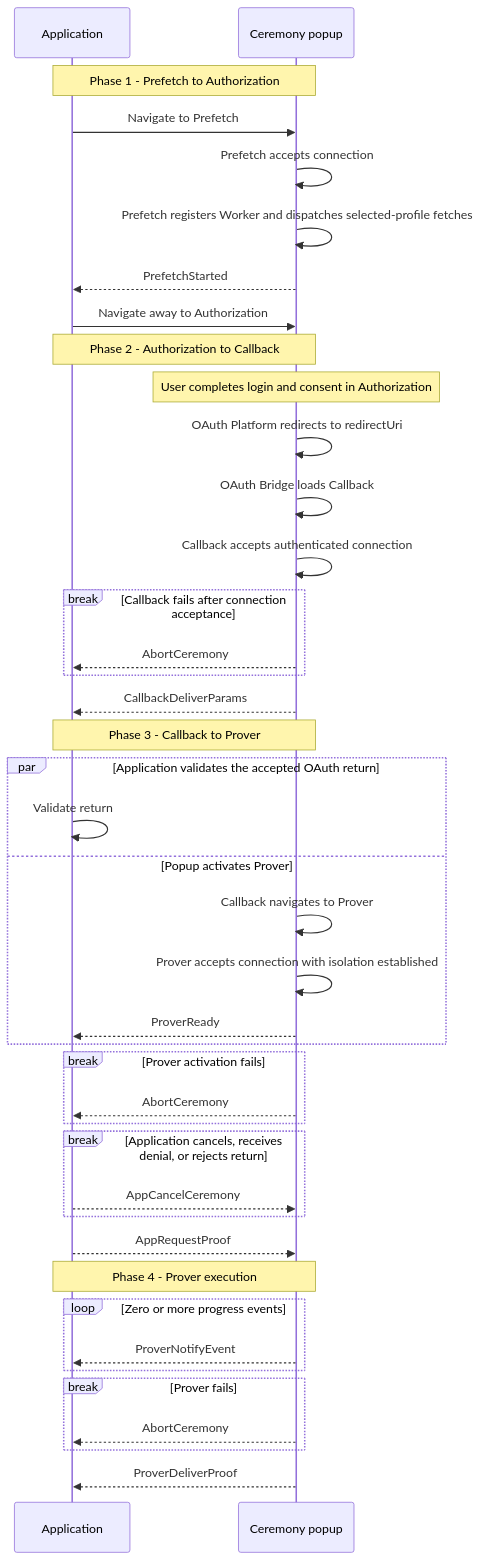
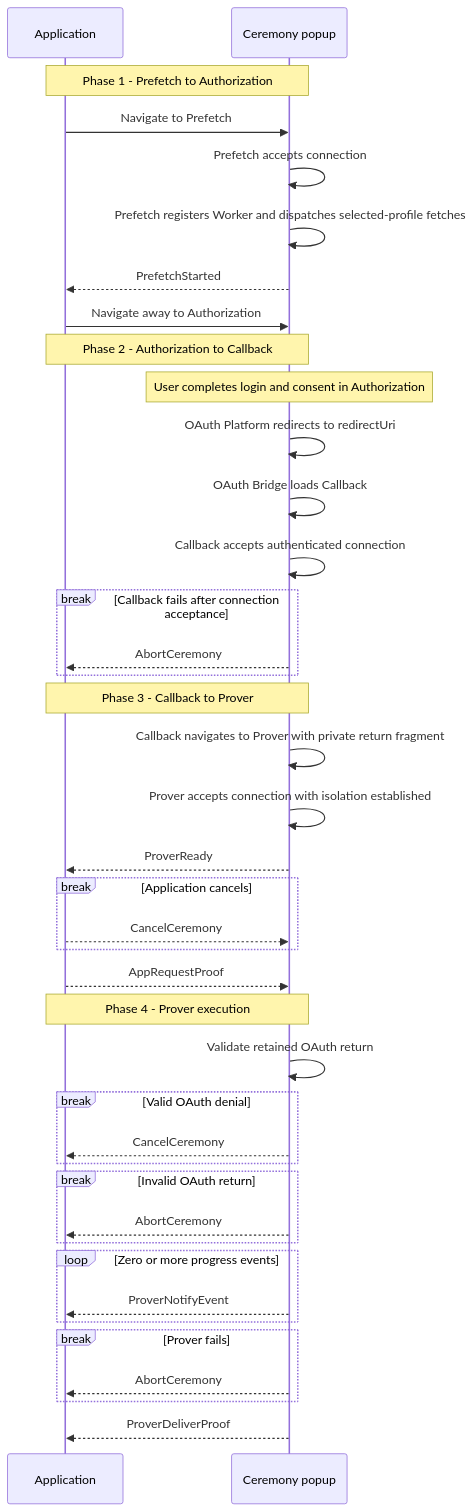
One commit to libid-org/libid changed the diagram in ts/packages/ceremony/CCDP.md. Above: the diagram before and after it, drawn with Mermaid. The commit also changed other lines of this file and 6 other files, not shown here.

First line of the commit message:
docs(ceremony): keep OAuth returns in popup documents

````diff
--- a/ts/packages/ceremony/CCDP.md
+++ b/ts/packages/ceremony/CCDP.md
@@ -472,47 +482,46 @@
 ```mermaid
 sequenceDiagram
     participant A as Application
     participant P as Ceremony popup
 
     Note over A,P: Phase 1 - Prefetch to Authorization
     A->>P: Navigate to Prefetch
     P->>P: Prefetch accepts connection
     P->>P: Prefetch registers Worker and dispatches selected-profile fetches
     P-->>A: PrefetchStarted
     A->>P: Navigate away to Authorization
 
     Note over A,P: Phase 2 - Authorization to Callback
     Note over P: User completes login and consent in Authorization
     P->>P: OAuth Platform redirects to redirectUri
     P->>P: OAuth Bridge loads Callback
     P->>P: Callback accepts authenticated connection
     break Callback fails after connection acceptance
         P-->>A: AbortCeremony
     end
-    P-->>A: CallbackDeliverParams
 
     Note over A,P: Phase 3 - Callback to Prover
-    par Application validates the accepted OAuth return
-        A->>A: Validate return
-    and Popup activates Prover
-        P->>P: Callback navigates to Prover
-        P->>P: Prover accepts connection with isolation established
-        P-->>A: ProverReady
-    end
-    break Prover activation fails
-        P-->>A: AbortCeremony
-    end
-    break Application cancels, receives denial, or rejects return
-        A-->>P: AppCancelCeremony
+    P->>P: Callback navigates to Prover with private return fragment
+    P->>P: Prover accepts connection with isolation established
+    P-->>A: ProverReady
+    break Application cancels
+        A-->>P: CancelCeremony
     end
     A-->>P: AppRequestProof
 
     Note over A,P: Phase 4 - Prover execution
+    P->>P: Validate retained OAuth return
+    break Valid OAuth denial
+        P-->>A: CancelCeremony
+    end
+    break Invalid OAuth return
+        P-->>A: AbortCeremony
+    end
     loop Zero or more progress events
         P-->>A: ProverNotifyEvent
     end
     break Prover fails
         P-->>A: AbortCeremony
     end
     P-->>A: ProverDeliverProof
 ```
````
